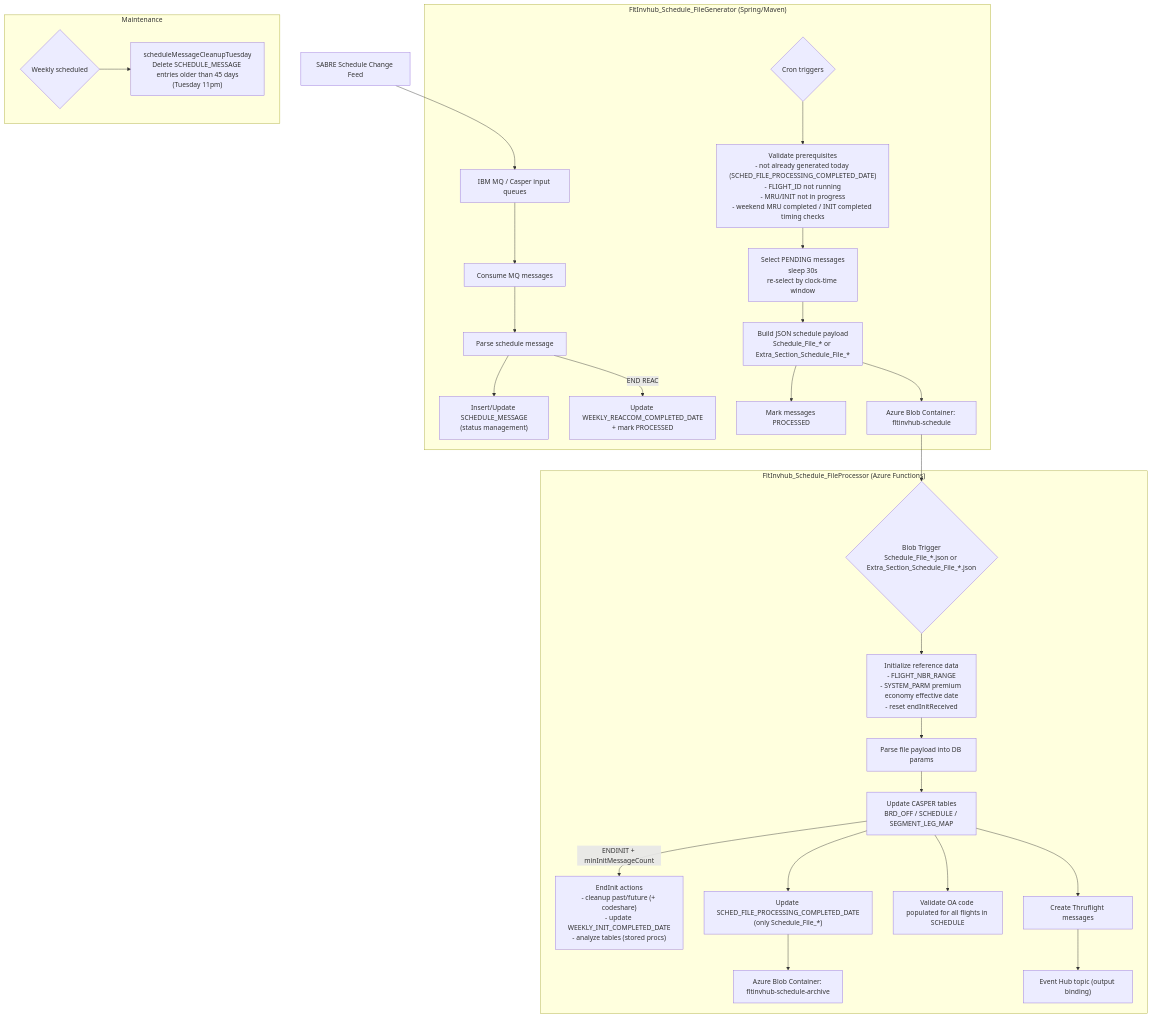
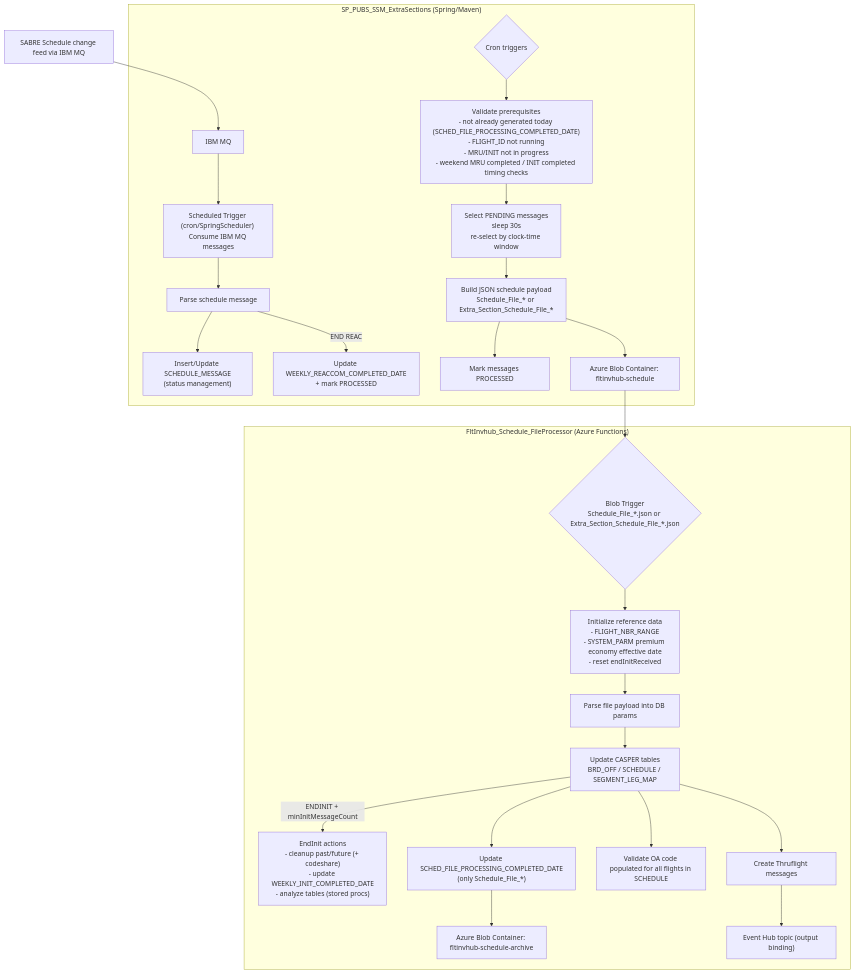
Before and after one commit to GarrenBagley366/SP_PUBS_SSM_ExtraSections: the diagram in README.md, drawn with Mermaid.

Commit message:
Update README with new flowchart details

````diff
--- a/README.md
+++ b/README.md
@@ -4,41 +4,35 @@
 ```mermaid
 flowchart TD
   %% Sources
-  SABRE["SABRE Schedule Change Feed"] --> MQ["IBM MQ / Casper input queues"]
+  SABRE["SABRE Schedule change feed via IBM MQ"] --> MQ["IBM MQ"]
 
   %% Generator
-  subgraph GEN["FltInvhub_Schedule_FileGenerator (Spring/Maven)"]
-    MQ --> G1["Consume MQ messages"]
+  subgraph GEN["SP_PUBS_SSM_ExtraSections (Spring/Maven)"]
+    MQ --> G1["Scheduled Trigger (cron/SpringScheduler) Consume IBM MQ messages"]
     G1 --> G2["Parse schedule message"]
     G2 --> G3["Insert/Update SCHEDULE_MESSAGE<br/>(status management)"]
     G2 -->|END REAC| G4["Update WEEKLY_REACCOM_COMPLETED_DATE<br/>+ mark PROCESSED"]
 
     G5{"Cron triggers"} --> G6["Validate prerequisites<br/>- not already generated today (SCHED_FILE_PROCESSING_COMPLETED_DATE)<br/>- FLIGHT_ID not running<br/>- MRU/INIT not in progress<br/>- weekend MRU completed / INIT completed timing checks"]
     G6 --> G7["Select PENDING messages<br/>sleep 30s<br/>re-select by clock-time window"]
     G7 --> G8["Build JSON schedule payload<br/>Schedule_File_* or Extra_Section_Schedule_File_*"]
     G8 --> G9["Mark messages PROCESSED"]
     G8 --> BLOB_IN["Azure Blob Container: fltinvhub-schedule"]
   end
 
   %% Processor
   subgraph PROC["FltInvhub_Schedule_FileProcessor (Azure Functions)"]
     BLOB_IN --> P1{"Blob Trigger<br/>Schedule_File_*.json or Extra_Section_Schedule_File_*.json"}
     P1 --> P2["Initialize reference data<br/>- FLIGHT_NBR_RANGE<br/>- SYSTEM_PARM premium economy effective date<br/>- reset endInitReceived"]
     P2 --> P3["Parse file payload into DB params"]
     P3 --> P4["Update CASPER tables<br/>BRD_OFF / SCHEDULE / SEGMENT_LEG_MAP"]
 
     P4 -->|ENDINIT + minInitMessageCount| P5["EndInit actions<br/>- cleanup past/future (+ codeshare)<br/>- update WEEKLY_INIT_COMPLETED_DATE<br/>- analyze tables (stored procs)"]
     P4 --> P6["Update SCHED_FILE_PROCESSING_COMPLETED_DATE<br/>(only Schedule_File_*)"]
     P6 --> BLOB_ARC["Azure Blob Container: fltinvhub-schedule-archive"]
     P4 --> P7["Validate OA code populated for all flights in SCHEDULE"]
     P4 --> P8["Create Thruflight messages"]
     P8 --> EH["Event Hub topic (output binding)"]
   end
 
-  %% Maintenance
-
-  subgraph MAINT["Maintenance"]
-    C1{"Weekly scheduled"} --> C2["scheduleMessageCleanupTuesday<br/>Delete SCHEDULE_MESSAGE entries older than 45 days<br/>(Tuesday 11pm)"]
-  end
-
 ```
````
